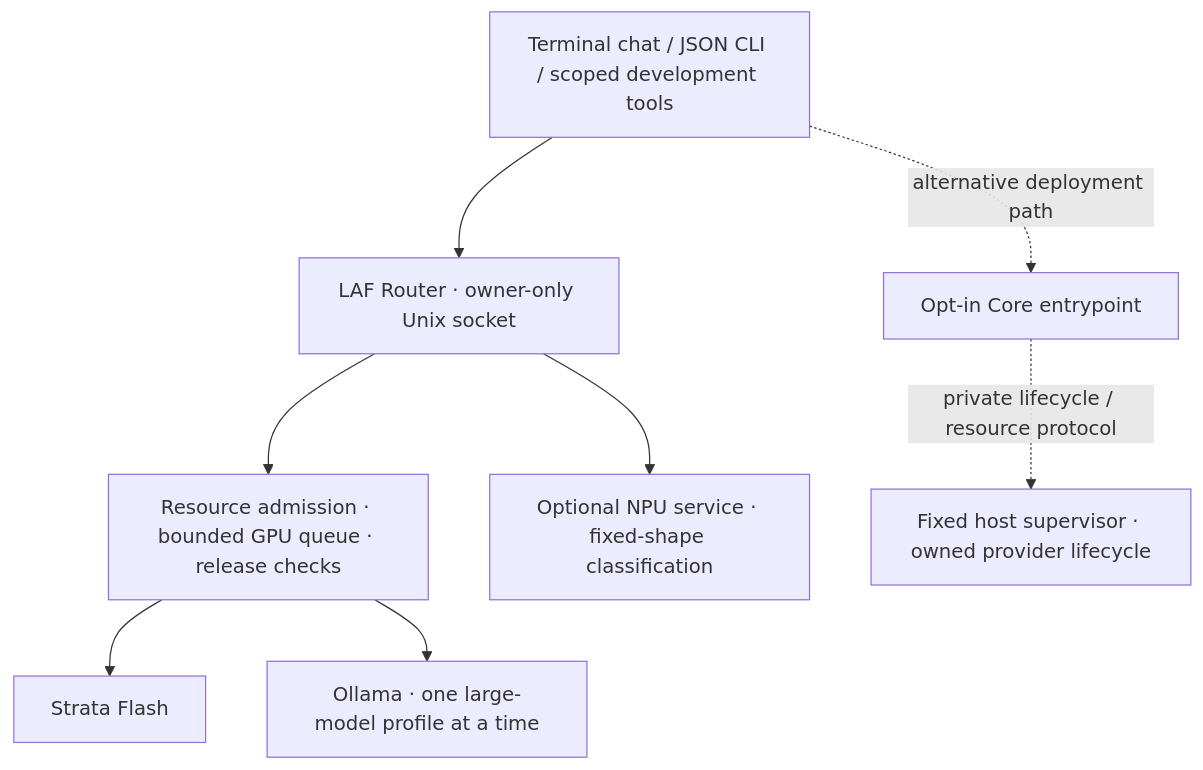
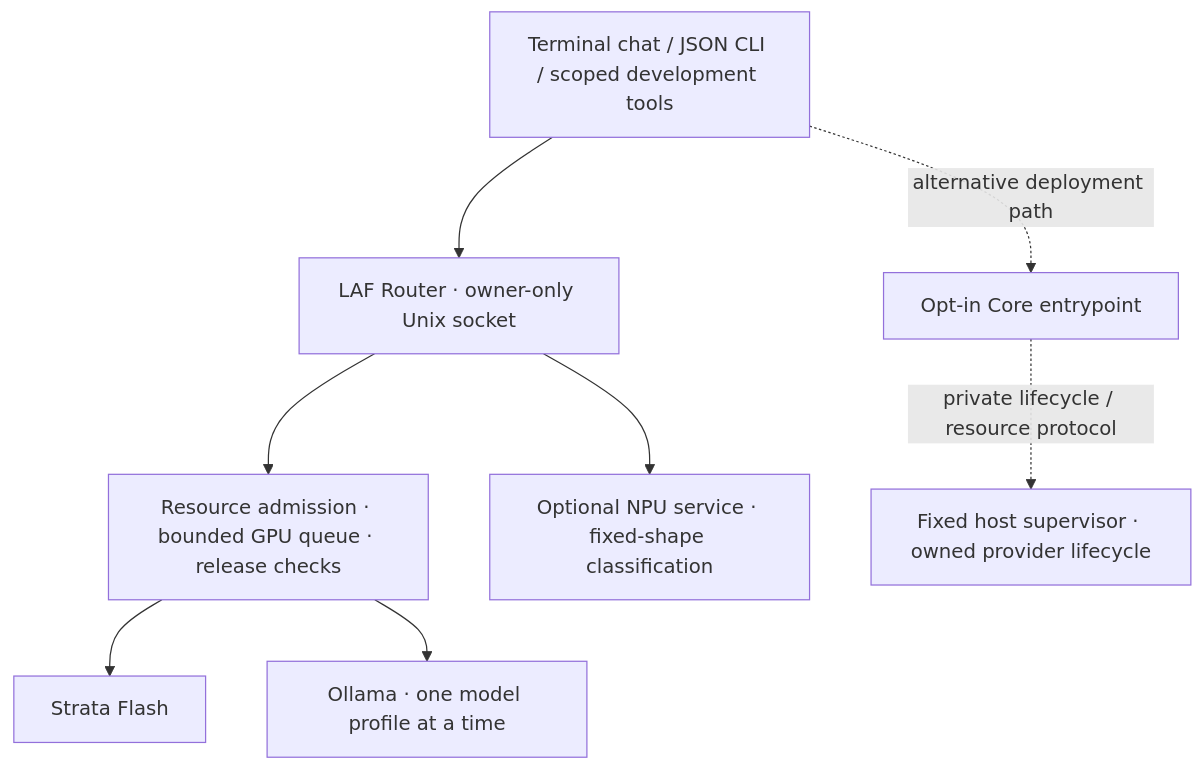
One commit to i-pp/laf changed the diagram in README.md. Above: the diagram before and after it, drawn with Mermaid. The commit also changed other lines of this file and 67 other files, not shown here.

````diff
--- a/README.md
+++ b/README.md
@@ -63,19 +63,19 @@
 ```mermaid
 flowchart TD
     Client["Terminal chat / JSON CLI / scoped development tools"]
     Router["LAF Router · owner-only Unix socket"]
     Guards["Resource admission · bounded GPU queue · release checks"]
     Flash["Strata Flash"]
-    Ollama["Ollama · one large-model profile at a time"]
+    Ollama["Ollama · one model profile at a time"]
     NPU["Optional NPU service · fixed-shape classification"]
     Core["Opt-in Core entrypoint"]
     Host["Fixed host supervisor · owned provider lifecycle"]
 
     Client --> Router
     Router --> Guards
     Guards --> Flash
     Guards --> Ollama
     Router --> NPU
     Client -. "alternative deployment path" .-> Core
     Core -. "private lifecycle / resource protocol" .-> Host
 ```
````
